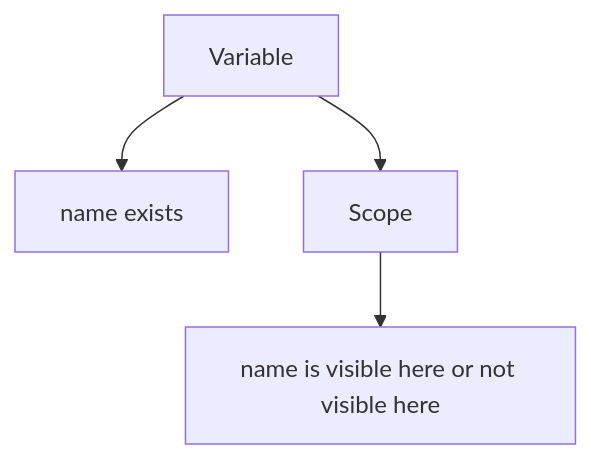
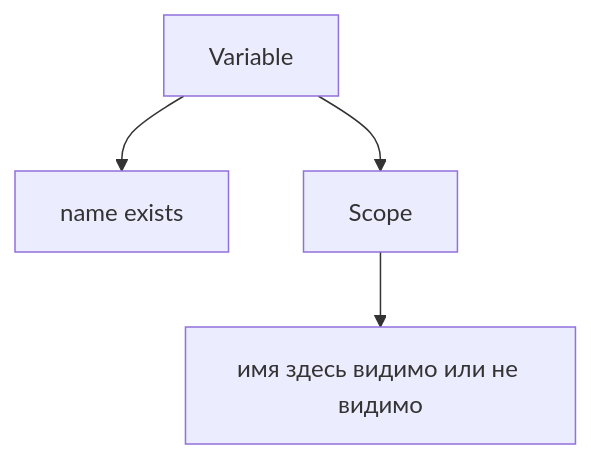
The seventh of 9 diagrams in docs/01-javascript/07-scope.md (Bimba333/qa-js-ts-cookbook), drawn with Mermaid before and after one commit. The commit also changed other lines of this file and 101 other files, not shown here.

````diff
--- a/docs/01-javascript/07-scope.md
+++ b/docs/01-javascript/07-scope.md
@@ -294,10 +294,10 @@
 ```mermaid
 flowchart TD
     N1["Variable"]
     N2["name exists"]
     N3["Scope"]
-    N4["name is visible here or not visible here"]
+    N4["имя здесь видимо или не видимо"]
     N1 --> N2
     N1 --> N3
     N3 --> N4
 ```
````
